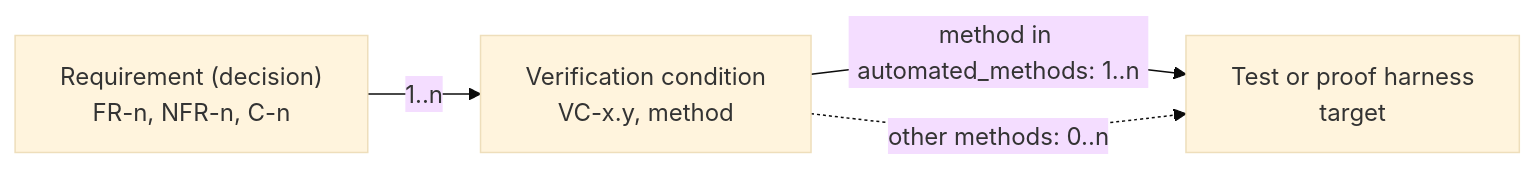
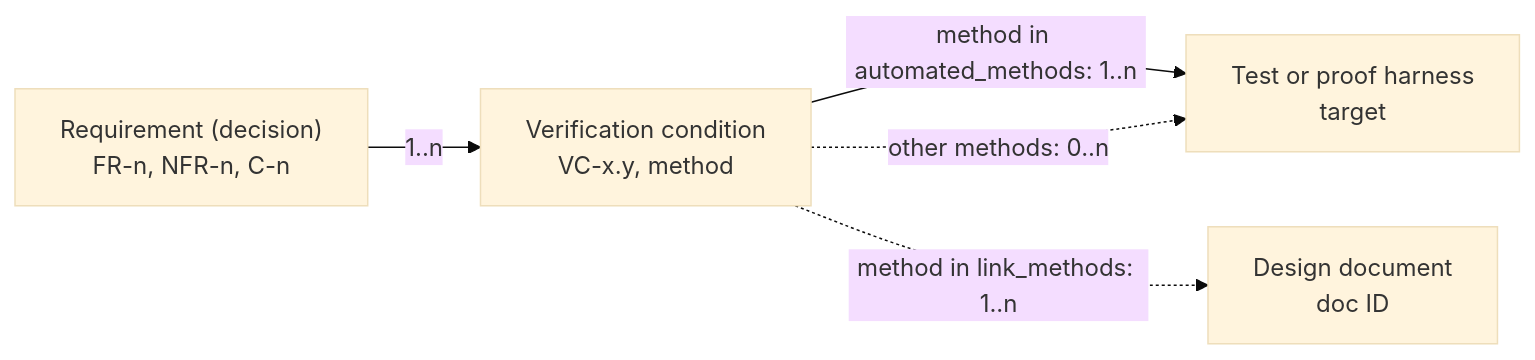
One commit to Dyse-Industries/control-rs changed the second of 2 diagrams in documentation/vv/requirement-traceability-design.md. Above: the diagram before and after it, drawn with Mermaid (base theme). The commit also changed other lines of this file and 5 other files, not shown here.

````diff
--- a/documentation/vv/requirement-traceability-design.md
+++ b/documentation/vv/requirement-traceability-design.md
@@ -265,6 +279,7 @@
 ```mermaid
 flowchart LR
     R["Requirement (decision)<br/>FR-n, NFR-n, C-n"] -->|" 1..n "| V["Verification condition<br/>VC-x.y, method"]
     V -->|" method in automated_methods: 1..n "| T["Test or proof harness<br/>target"]
     V -.->|" other methods: 0..n "| T
+    V -.->|" method in link_methods: 1..n "| D["Design document<br/>doc ID"]
 ```
````
